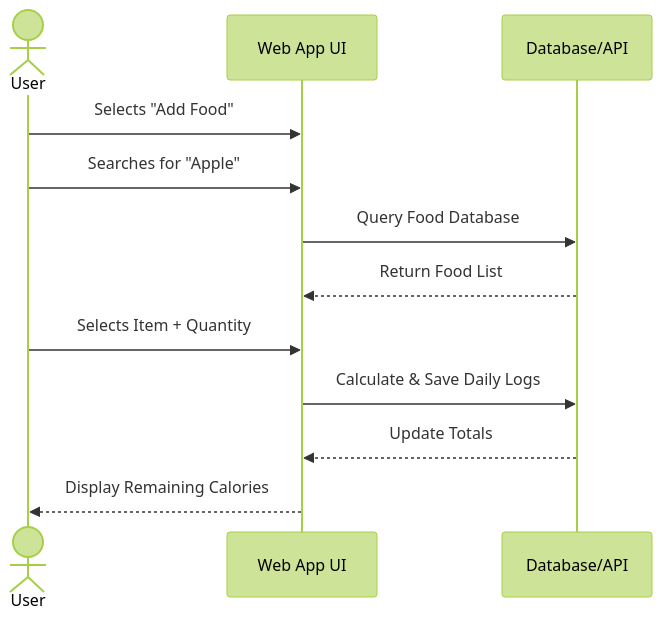
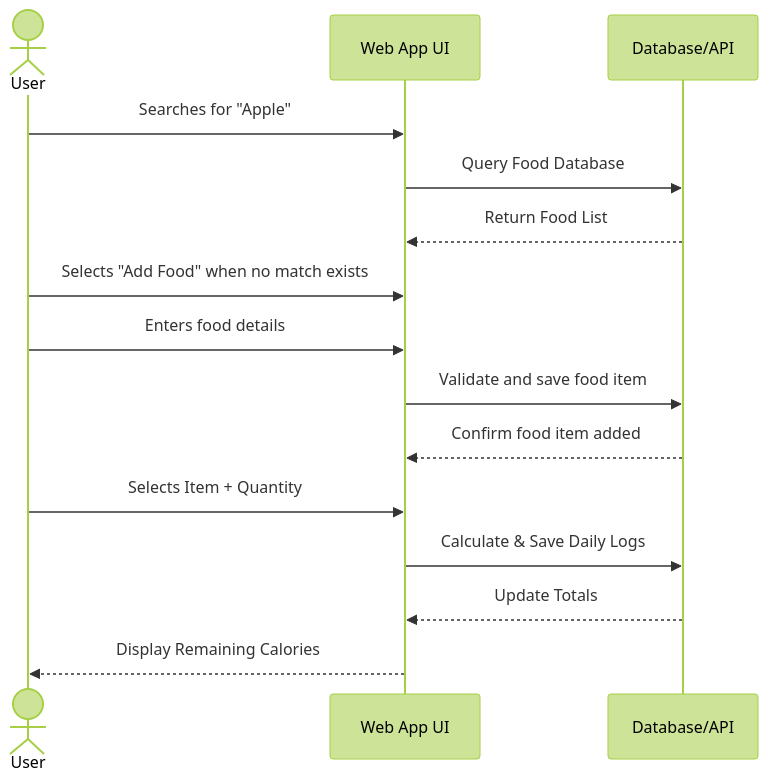
One commit to sabkam08/calorie-tracker-app changed the third of 3 diagrams in docs/ARCHITECTURE.md. Above: the diagram before and after it, drawn with Mermaid (forest theme). The commit also changed other lines of this file and 10 other files, not shown here.

````diff
--- a/docs/ARCHITECTURE.md
+++ b/docs/ARCHITECTURE.md
@@ -75,15 +75,18 @@
 ```mermaid
   sequenceDiagram
     actor User
     participant UI as Web App UI
     participant DB as Database/API
 
-    User->>UI: Selects "Add Food"
     User->>UI: Searches for "Apple"
     UI->>DB: Query Food Database
     DB-->>UI: Return Food List
+    User->>UI: Selects "Add Food" when no match exists
+    User->>UI: Enters food details
+    UI->>DB: Validate and save food item
+    DB-->>UI: Confirm food item added
     User->>UI: Selects Item + Quantity
     UI->>DB: Calculate & Save Daily Logs
     DB-->>UI: Update Totals
     UI-->>User: Display Remaining Calories
 ```
````
